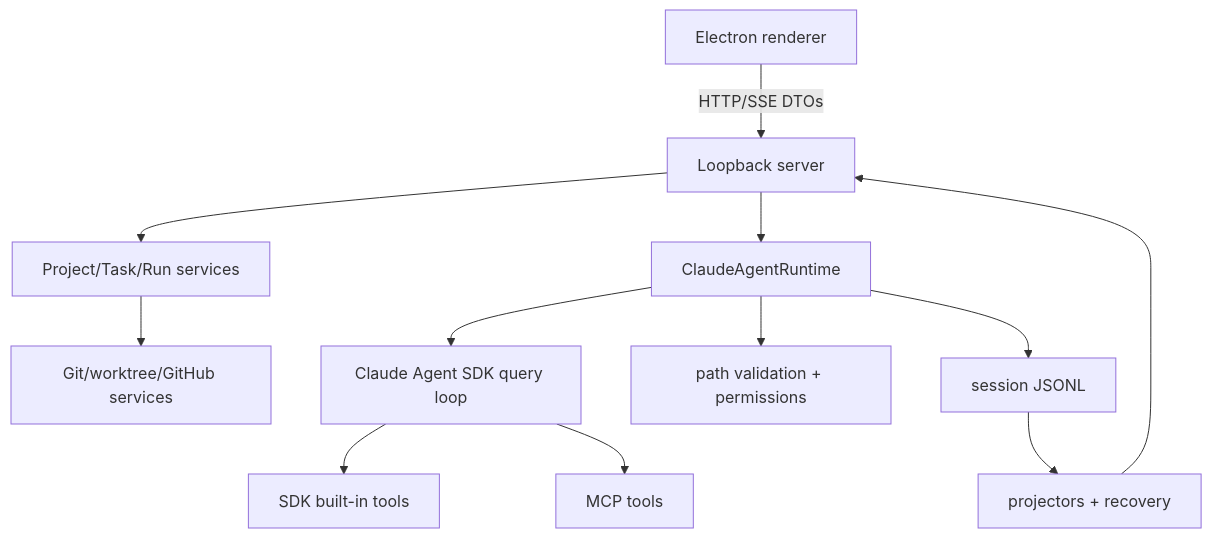
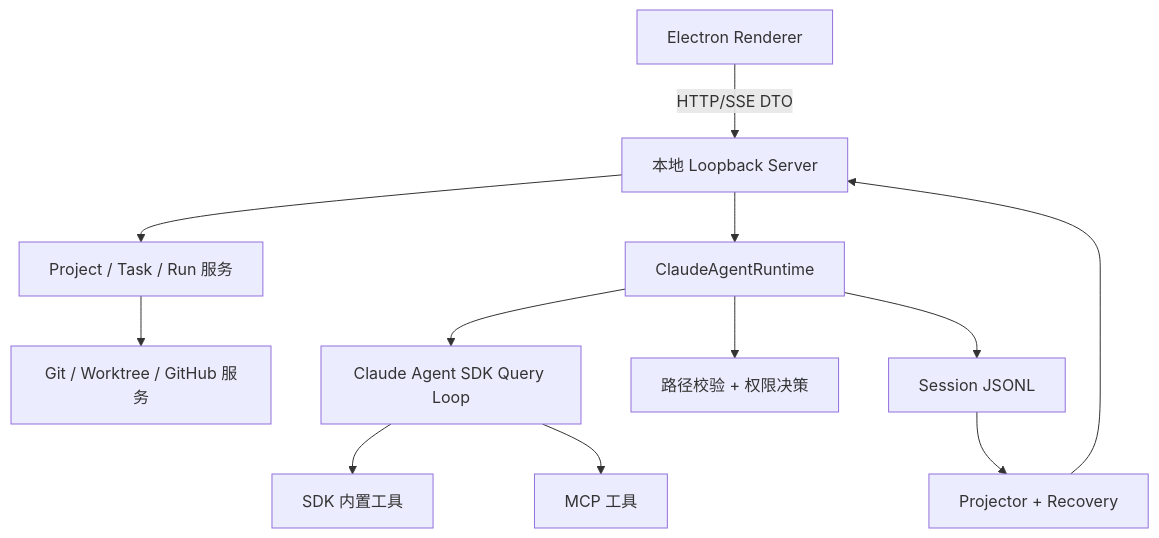
Before and after one commit to Charlotte57-zhou/codepilot-harness: the diagram in docs/ARCHITECTURE.md, drawn with Mermaid. The commit also changed other lines of this file and 34 other files, not shown here.

````diff
--- a/docs/ARCHITECTURE.md
+++ b/docs/ARCHITECTURE.md
@@ -7,14 +7,14 @@
 ```mermaid
 flowchart TB
-  R["Electron renderer"] -->|HTTP/SSE DTOs| S["Loopback server"]
-  S --> P["Project/Task/Run services"]
+  R["Electron Renderer"] -->|HTTP/SSE DTO| S["本地 Loopback Server"]
+  S --> P["Project / Task / Run 服务"]
   S --> C["ClaudeAgentRuntime"]
-  C --> SDK["Claude Agent SDK query loop"]
-  SDK --> B["SDK built-in tools"]
-  SDK --> M["MCP tools"]
-  C --> V["path validation + permissions"]
-  P --> G["Git/worktree/GitHub services"]
-  C --> J["session JSONL"]
-  J --> X["projectors + recovery"]
+  C --> SDK["Claude Agent SDK Query Loop"]
+  SDK --> B["SDK 内置工具"]
+  SDK --> M["MCP 工具"]
+  C --> V["路径校验 + 权限决策"]
+  P --> G["Git / Worktree / GitHub 服务"]
+  C --> J["Session JSONL"]
+  J --> X["Projector + Recovery"]
   X --> S
 ```
````
